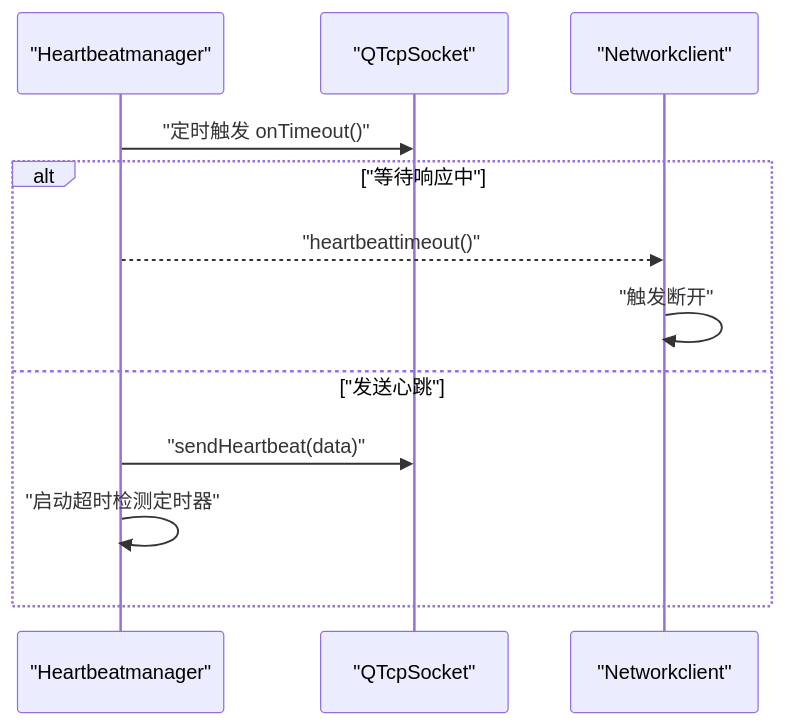
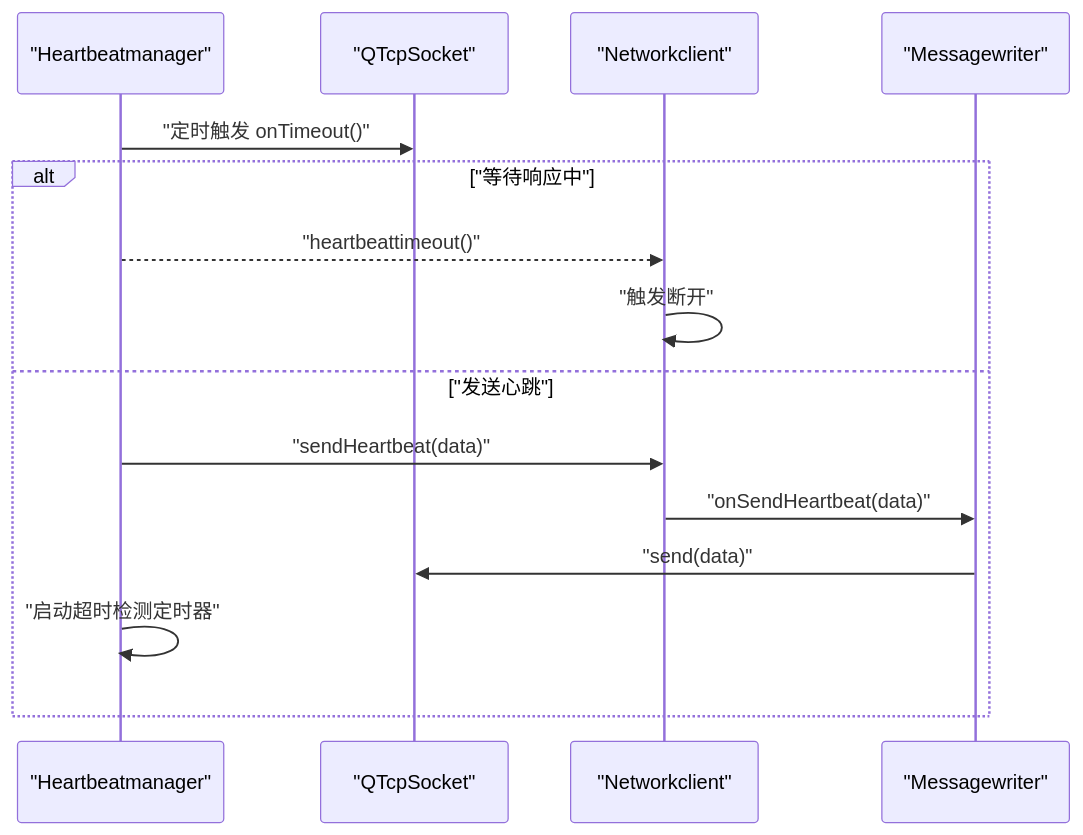
Before and after one commit to HeQiTZD/Triple-terminal-Attendance-Punching-System: the fifth of 10 diagrams in .qoder/repowiki/zh/content/核心模块/网络客户端模块/网络客户端核心.md, drawn with Mermaid. The commit also changed other lines of this file and 18 other files, not shown here.

````diff
--- a/.qoder/repowiki/zh/content/核心模块/网络客户端模块/网络客户端核心.md
+++ b/.qoder/repowiki/zh/content/核心模块/网络客户端模块/网络客户端核心.md
@@ -266,14 +276,17 @@
 ```mermaid
 sequenceDiagram
 participant HM as "Heartbeatmanager"
 participant S as "QTcpSocket"
 participant NC as "Networkclient"
+participant MW as "Messagewriter"
 HM->>S : "定时触发 onTimeout()"
 alt "等待响应中"
 HM-->>NC : "heartbeattimeout()"
 NC->>NC : "触发断开"
 else "发送心跳"
-HM->>S : "sendHeartbeat(data)"
+HM->>NC : "sendHeartbeat(data)"
+NC->>MW : "onSendHeartbeat(data)"
+MW->>S : "send(data)"
 HM->>HM : "启动超时检测定时器"
 end
 ```
````
